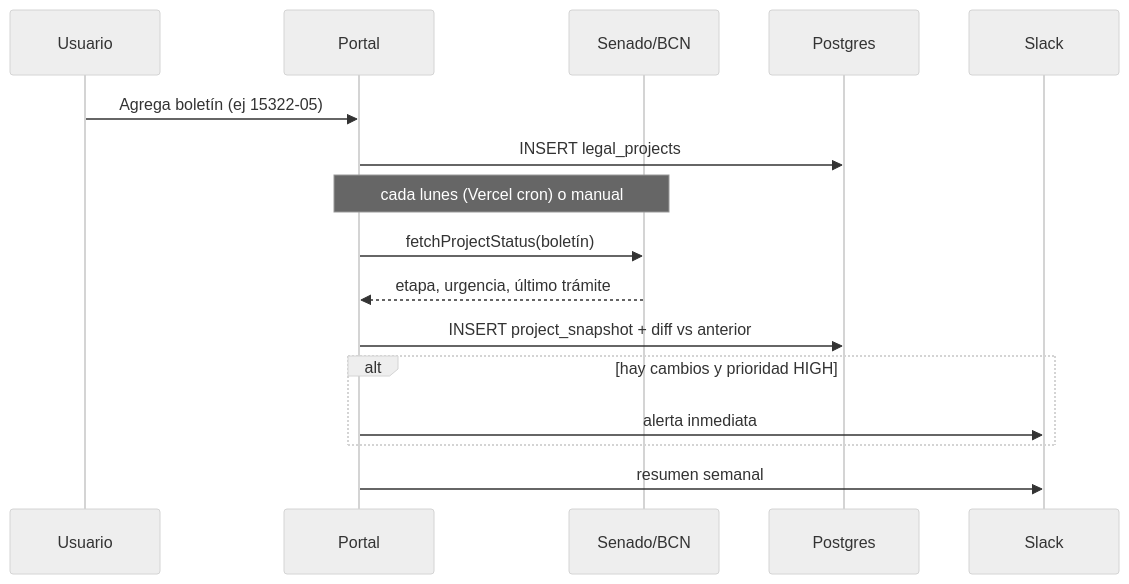
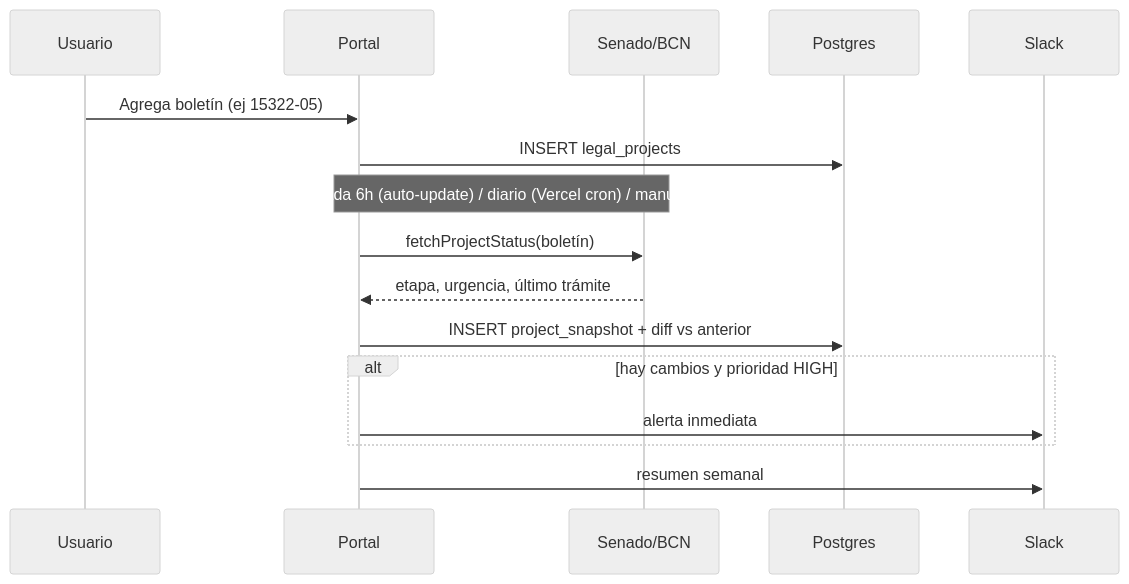
One commit to raimundo-hp67/Radar-legislativo changed the second of 2 diagrams in ARCHITECTURE.md. Above: the diagram before and after it, drawn with Mermaid (neutral theme). The commit also changed other lines of this file and 11 other files, not shown here.

````diff
--- a/ARCHITECTURE.md
+++ b/ARCHITECTURE.md
@@ -67,19 +67,19 @@
 ```mermaid
 sequenceDiagram
     participant U as Usuario
     participant P as Portal
     participant S as Senado/BCN
     participant DB as Postgres
     participant SL as Slack
 
     U->>P: Agrega boletín (ej 15322-05)
     P->>DB: INSERT legal_projects
-    Note over P,S: cada lunes (Vercel cron) o manual
+    Note over P,S: cada 6h (auto-update) / diario (Vercel cron) / manual
     P->>S: fetchProjectStatus(boletín)
     S-->>P: etapa, urgencia, último trámite
     P->>DB: INSERT project_snapshot + diff vs anterior
     alt hay cambios y prioridad HIGH
         P->>SL: alerta inmediata
     end
     P->>SL: resumen semanal
 ```
````
